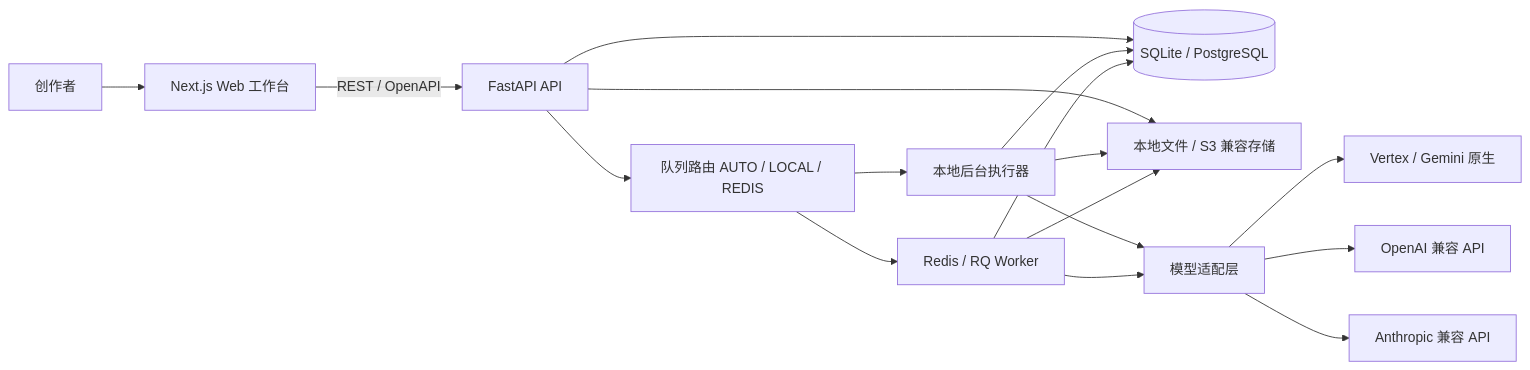
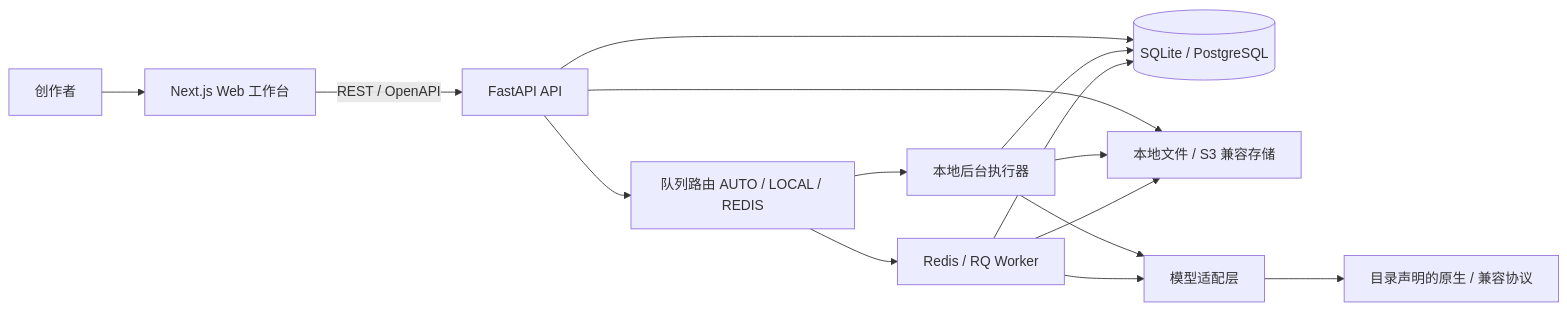
One commit to coffe01-10/MangaFlow changed the first of 2 diagrams in docs/architecture.md. Above: the diagram before and after it, drawn with Mermaid. The commit also changed other lines of this file and 28 other files, not shown here.

````diff
--- a/docs/architecture.md
+++ b/docs/architecture.md
@@ -9,19 +9,17 @@
 ```mermaid
 flowchart LR
     U["创作者"] --> W["Next.js Web 工作台"]
     W -->|"REST / OpenAPI"| A["FastAPI API"]
     A --> D[("SQLite / PostgreSQL")]
     A --> F["本地文件 / S3 兼容存储"]
     A --> Q["队列路由 AUTO / LOCAL / REDIS"]
     Q --> L["本地后台执行器"]
     Q --> R["Redis / RQ Worker"]
     L --> M["模型适配层"]
     R --> M
-    M --> V["Vertex / Gemini 原生"]
-    M --> O["OpenAI 兼容 API"]
-    M --> N["Anthropic 兼容 API"]
+    M --> P["目录声明的原生 / 兼容协议"]
     L --> D
     L --> F
     R --> D
     R --> F
 ```
````
